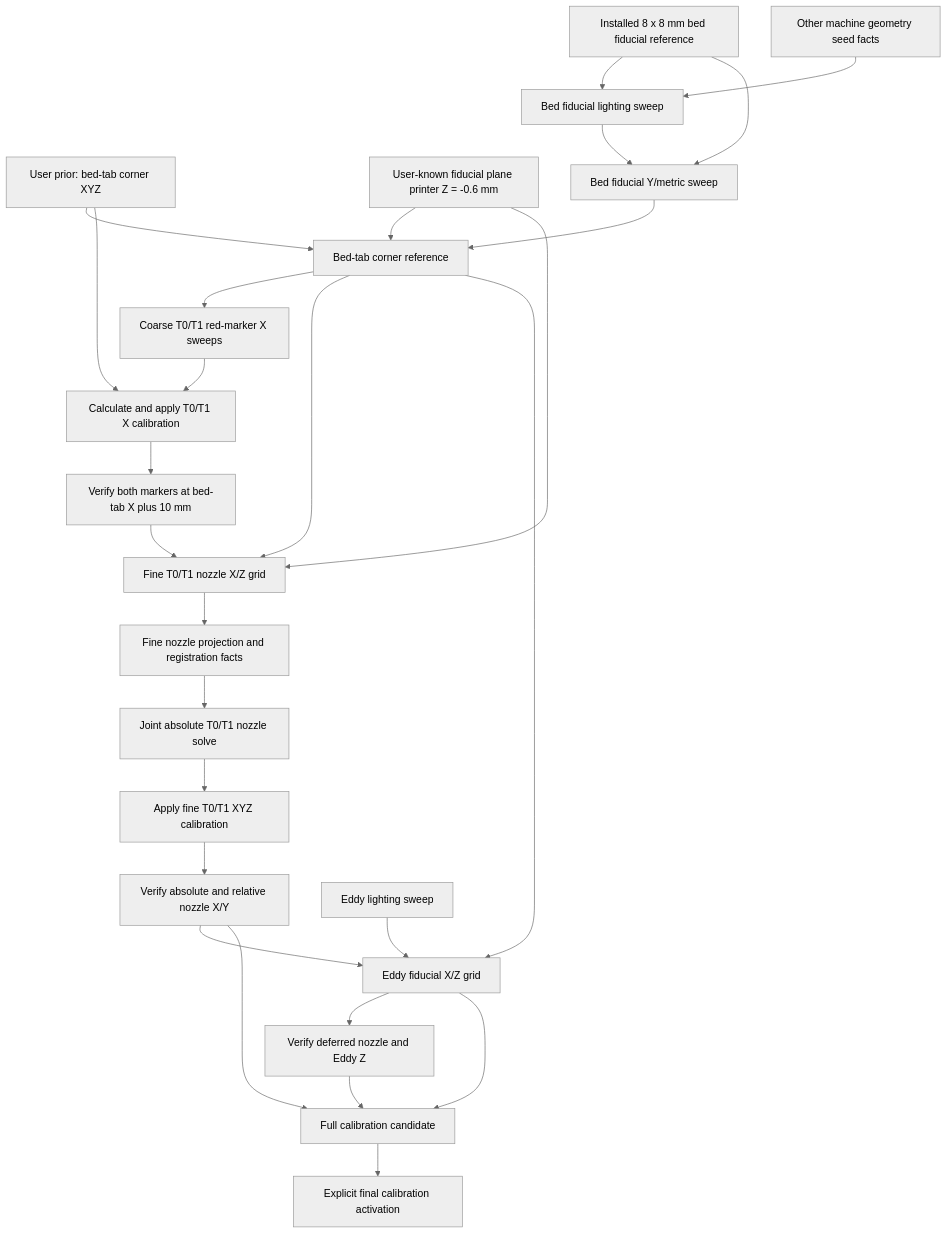
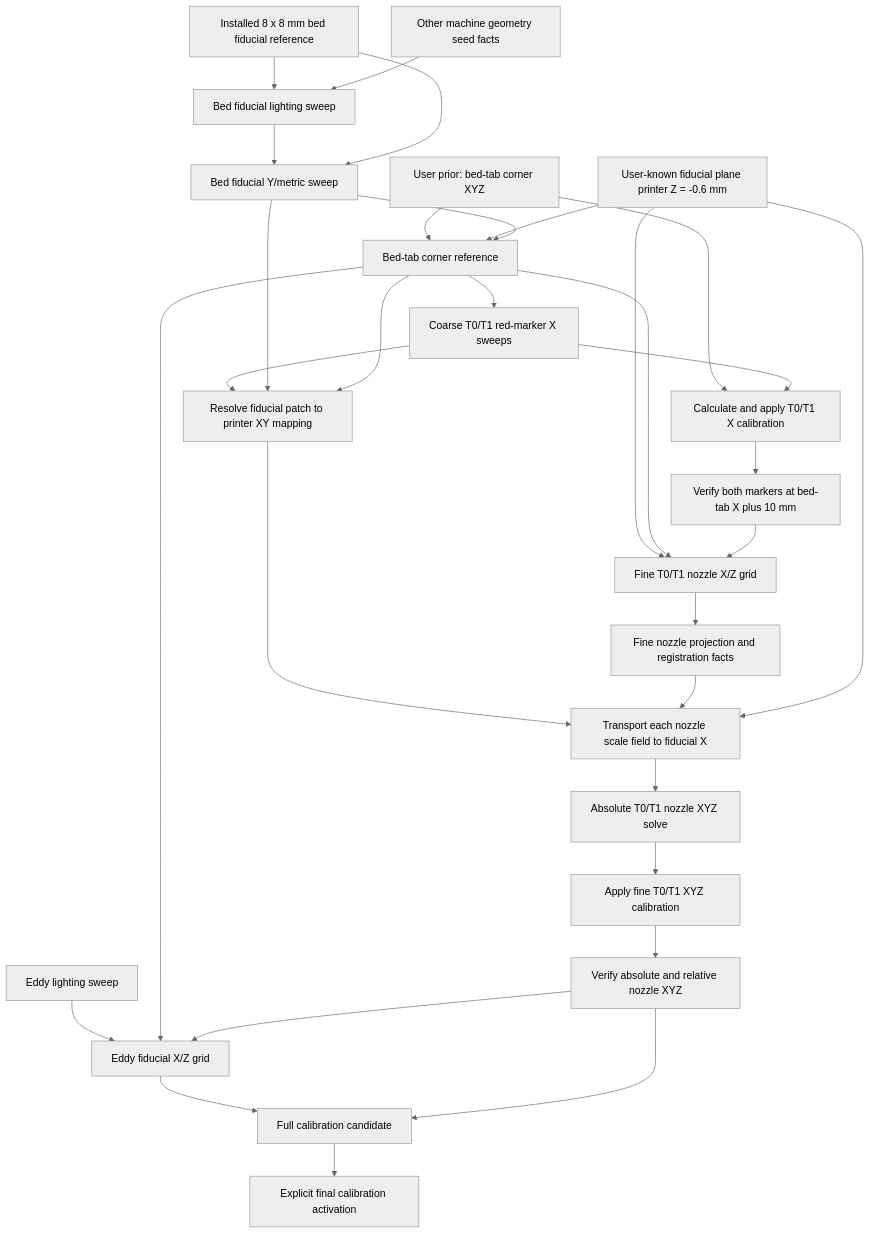
The diagram in VISION_CALIBRATION_GRAPH_CONCEPT.md (m-emm/mege-ender-3v3ke-idex), drawn with Mermaid (neutral theme) before and after one commit. The commit also changed other lines of this file and 14 other files, not shown here.

````diff
--- a/VISION_CALIBRATION_GRAPH_CONCEPT.md
+++ b/VISION_CALIBRATION_GRAPH_CONCEPT.md
@@ -113,30 +113,34 @@
 ```mermaid
 flowchart TD
     P[User prior: bed-tab corner XYZ] --> C[Bed-tab corner reference]
     Q[Installed 8 x 8 mm bed fiducial reference] --> L[Bed fiducial lighting sweep]
     ZP[User-known fiducial plane printer Z = -0.6 mm] --> C
     ZP --> F
     G[Other machine geometry seed facts] --> L
     L --> Y[Bed fiducial Y/metric sweep]
     Q --> Y
     Y --> C[Bed-tab corner reference]
     C --> R[Coarse T0/T1 red-marker X sweeps]
+    R --> PX[Resolve fiducial patch to printer XY mapping]
+    Y --> PX
+    C --> PX
     P --> AX[Calculate and apply T0/T1 X calibration]
     R --> AX
     AX --> VX[Verify both markers at bed-tab X plus 10 mm]
     C --> F[Fine T0/T1 nozzle X/Z grid]
     VX --> F
     F --> N[Fine nozzle projection and registration facts]
-    N --> S51[Joint absolute T0/T1 nozzle solve]
+    PX --> NZ[Transport each nozzle scale field to fiducial X]
+    N --> NZ
+    ZP --> NZ
+    NZ --> S51[Absolute T0/T1 nozzle XYZ solve]
     S51 --> A51[Apply fine T0/T1 XYZ calibration]
-    A51 --> V51[Verify absolute and relative nozzle X/Y]
+    A51 --> V51[Verify absolute and relative nozzle XYZ]
 
     EL[Eddy lighting sweep] --> E[Eddy fiducial X/Z grid]
     C --> E
     V51 --> E
-    E --> ZV[Verify deferred nozzle and Eddy Z]
     E --> D[Full calibration candidate]
     V51 --> D
-    ZV --> D
     D --> A[Explicit final calibration activation]
 ```
````
